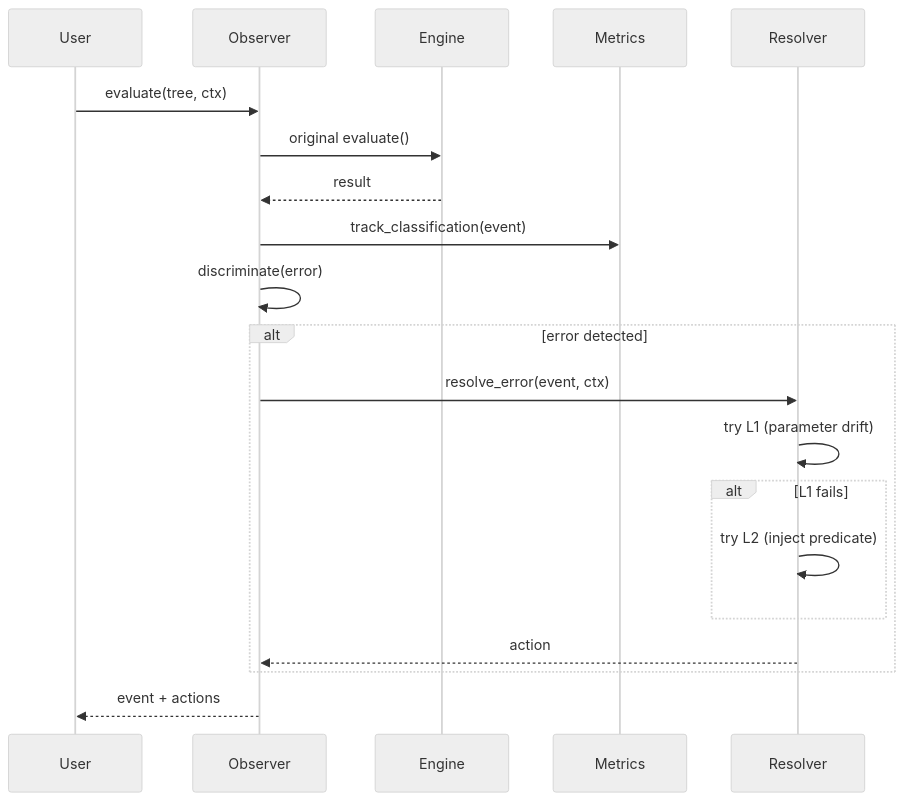
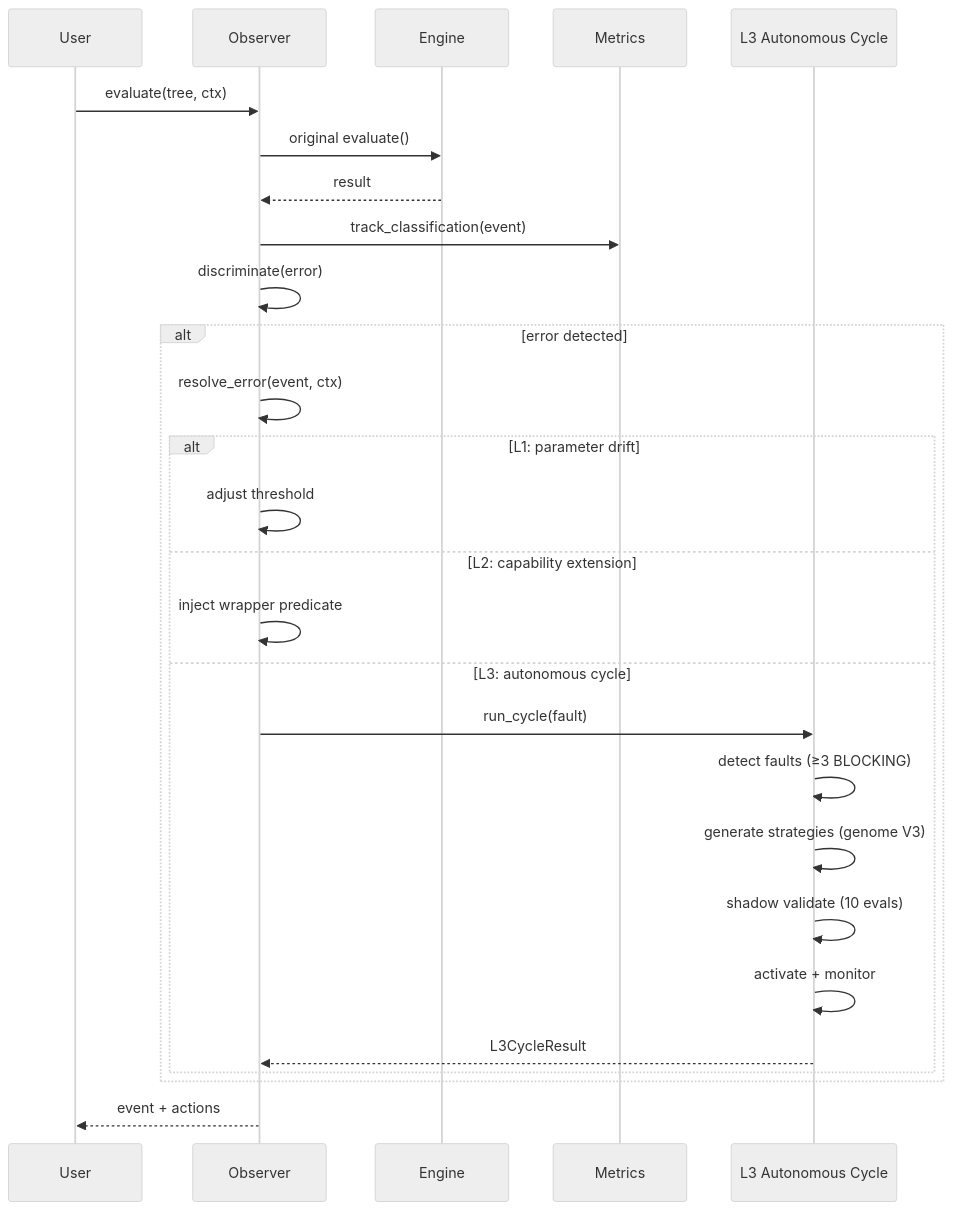
One commit to rm-w3kufe/vsf-rsi changed the fourth of 5 diagrams in README.md. Above: the diagram before and after it, drawn with Mermaid (neutral theme). The commit also changed other lines of this file and 10 other files, not shown here.

First line of the commit message:
docs(README): comprehensive audit — update L3 autonomous cycle, component list, architecture, CLI, safety model

````diff
--- a/README.md
+++ b/README.md
@@ -325,25 +382,32 @@
 ```mermaid
 sequenceDiagram
     participant User
     participant Observer
     participant Engine
     participant Metrics
-    participant Resolver
+    participant L3Cycle as L3 Autonomous Cycle
     
     User->>Observer: evaluate(tree, ctx)
     Observer->>Engine: original evaluate()
     Engine-->>Observer: result
     Observer->>Metrics: track_classification(event)
     Observer->>Observer: discriminate(error)
     
     alt error detected
-        Observer->>Resolver: resolve_error(event, ctx)
-        Resolver->>Resolver: try L1 (parameter drift)
-        alt L1 fails
-            Resolver->>Resolver: try L2 (inject predicate)
+        Observer->>Observer: resolve_error(event, ctx)
+        alt L1: parameter drift
+            Observer->>Observer: adjust threshold
+        else L2: capability extension
+            Observer->>Observer: inject wrapper predicate
+        else L3: autonomous cycle
+            Observer->>L3Cycle: run_cycle(fault)
+            L3Cycle->>L3Cycle: detect faults (≥3 BLOCKING)
+            L3Cycle->>L3Cycle: generate strategies (genome V3)
+            L3Cycle->>L3Cycle: shadow validate (10 evals)
+            L3Cycle->>L3Cycle: activate + monitor
+            L3Cycle-->>Observer: L3CycleResult
         end
-        Resolver-->>Observer: action
     end
     
     Observer-->>User: event + actions
 ```
````
